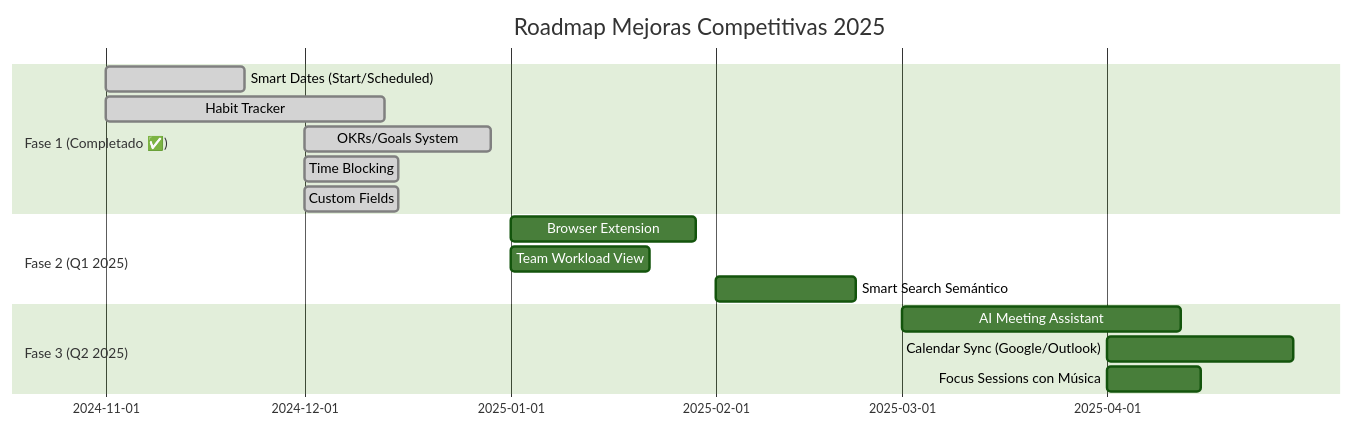
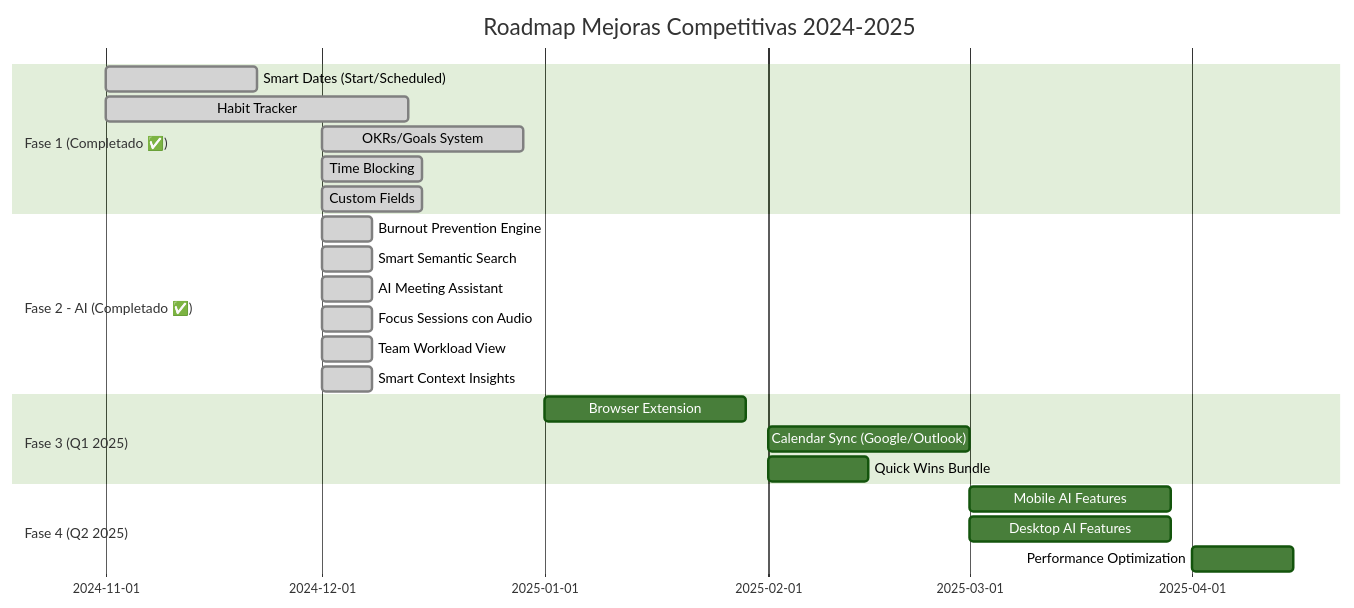
Before and after one commit to tiagofur/ordo-todo: the diagram in docs/mejoras-competencia/README.md, drawn with Mermaid (forest theme). The commit also changed other lines of this file and 60 other files, not shown here.

Commit message:
feat: Introduce AI-powered productivity enhancements, focus mode, smart search, meeting management, collaboration tools, and internationalization.

````diff
--- a/docs/mejoras-competencia/README.md
+++ b/docs/mejoras-competencia/README.md
@@ -63,22 +77,30 @@
 ```mermaid
 gantt
-    title Roadmap Mejoras Competitivas 2025
+    title Roadmap Mejoras Competitivas 2024-2025
     dateFormat  YYYY-MM
     
     section Fase 1 (Completado ✅)
     Smart Dates (Start/Scheduled)    :done, 2024-11, 3w
     Habit Tracker                   :done, 2024-11, 6w
     OKRs/Goals System               :done, 2024-12, 4w
     Time Blocking                   :done, 2024-12, 2w
     Custom Fields                   :done, 2024-12, 2w
     
-    section Fase 2 (Q1 2025)
+    section Fase 2 - AI (Completado ✅)
+    Burnout Prevention Engine       :done, 2024-12, 1w
+    Smart Semantic Search           :done, 2024-12, 1w
+    AI Meeting Assistant            :done, 2024-12, 1w
+    Focus Sessions con Audio        :done, 2024-12, 1w
+    Team Workload View              :done, 2024-12, 1w
+    Smart Context Insights          :done, 2024-12, 1w
+    
+    section Fase 3 (Q1 2025)
     Browser Extension               :2025-01, 4w
-    Team Workload View              :2025-01, 3w
-    Smart Search Semántico          :2025-02, 3w
+    Calendar Sync (Google/Outlook)  :2025-02, 4w
+    Quick Wins Bundle               :2025-02, 2w
     
-    section Fase 3 (Q2 2025)
-    AI Meeting Assistant            :2025-03, 6w
-    Calendar Sync (Google/Outlook)  :2025-04, 4w
-    Focus Sessions con Música       :2025-04, 2w
+    section Fase 4 (Q2 2025)
+    Mobile AI Features              :2025-03, 4w
+    Desktop AI Features             :2025-03, 4w
+    Performance Optimization        :2025-04, 2w
 ```
````
